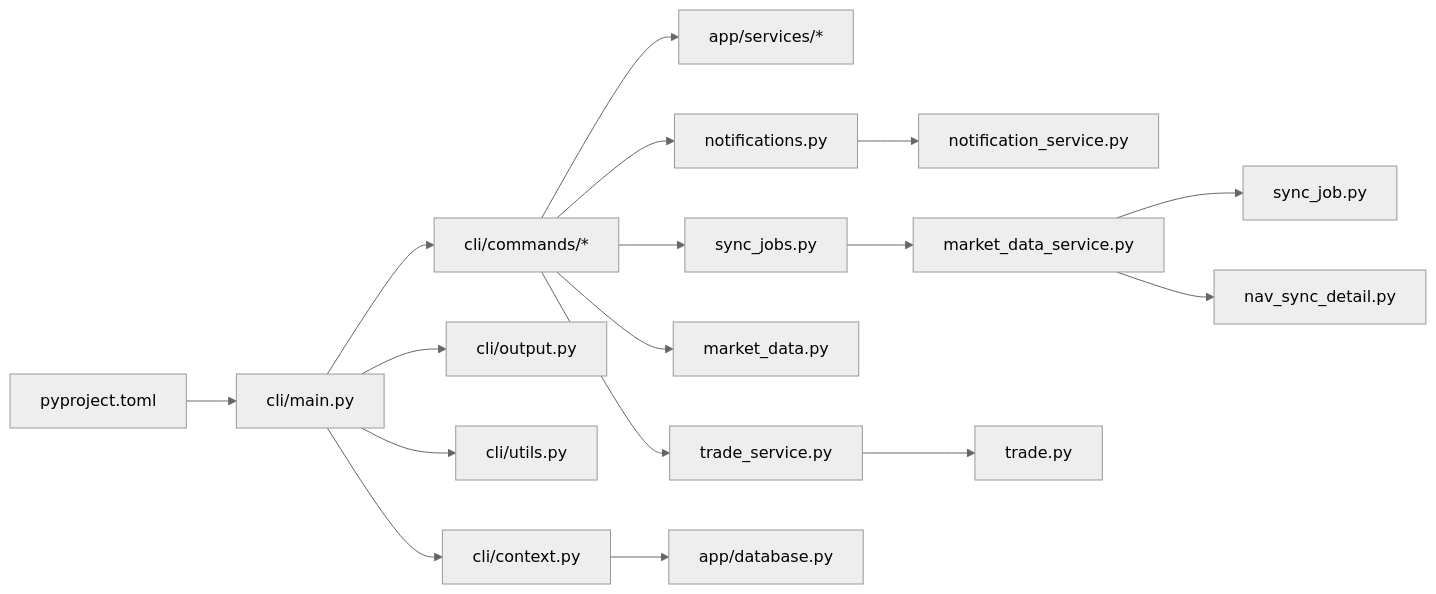
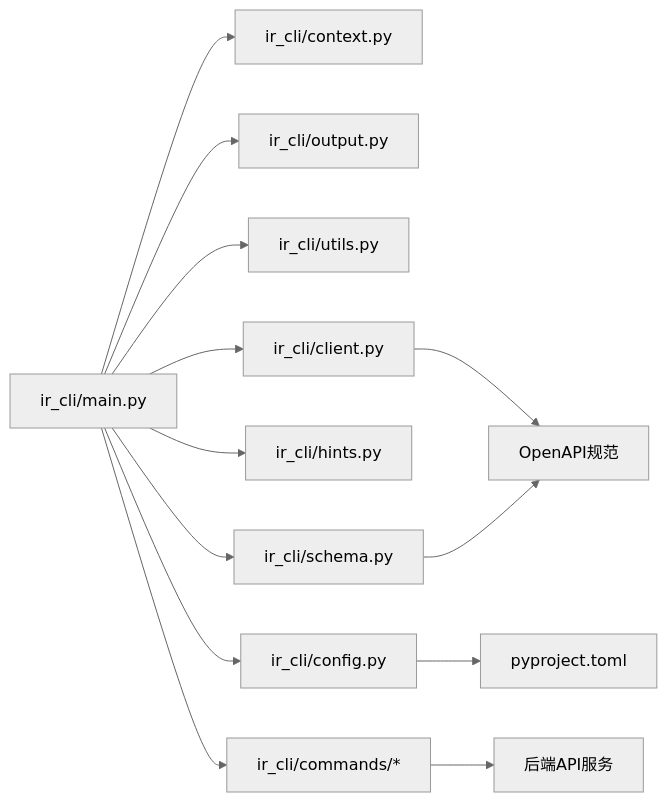
The fifth of 5 diagrams in .qoder/repowiki/zh/content/开发指南/InvestRing Admin CLI 工具.md (gujialind/InvestRing), drawn with Mermaid (neutral theme) before and after one commit. The commit also changed other lines of this file and 8 other files, not shown here.

````diff
--- a/.qoder/repowiki/zh/content/开发指南/InvestRing Admin CLI 工具.md
+++ b/.qoder/repowiki/zh/content/开发指南/InvestRing Admin CLI 工具.md
@@ -589,19 +426,15 @@
 ```mermaid
 graph LR
-Main["cli/main.py"] --> Ctx["cli/context.py"]
-Main --> Out["cli/output.py"]
-Main --> Utils["cli/utils.py"]
-Main --> Cmds["cli/commands/*"]
-Cmds --> Services["app/services/*"]
-Cmds --> Notifications["notifications.py"]
-Cmds --> SyncJobs["sync_jobs.py"]
-Cmds --> MarketData["market_data.py"]
-Cmds --> TradeSvc["trade_service.py"]
-Ctx --> DB["app/database.py"]
-PyProj["pyproject.toml"] --> Main
-Notifications --> NotifSvc["notification_service.py"]
-SyncJobs --> MarketSvc["market_data_service.py"]
-MarketSvc --> SyncJobModel["sync_job.py"]
-MarketSvc --> NavDetailModel["nav_sync_detail.py"]
-TradeSvc --> TradeModel["trade.py"]
+Main["ir_cli/main.py"] --> Ctx["ir_cli/context.py"]
+Main --> Out["ir_cli/output.py"]
+Main --> Utils["ir_cli/utils.py"]
+Main --> Schema["ir_cli/schema.py"]
+Main --> Hints["ir_cli/hints.py"]
+Main --> Config["ir_cli/config.py"]
+Main --> Client["ir_cli/client.py"]
+Main --> Cmds["ir_cli/commands/*"]
+Cmds --> Services["后端API服务"]
+Client --> API["OpenAPI规范"]
+Config --> PyProj["pyproject.toml"]
+Schema --> API
 ```
````
